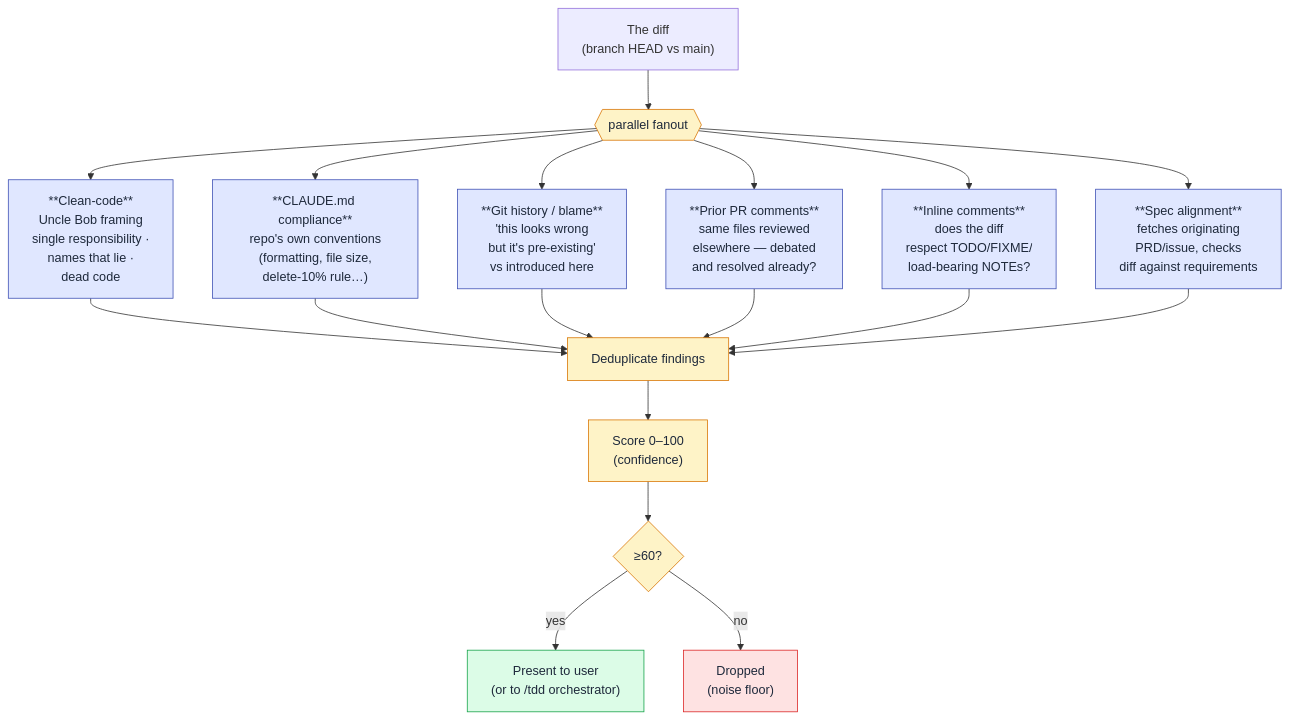
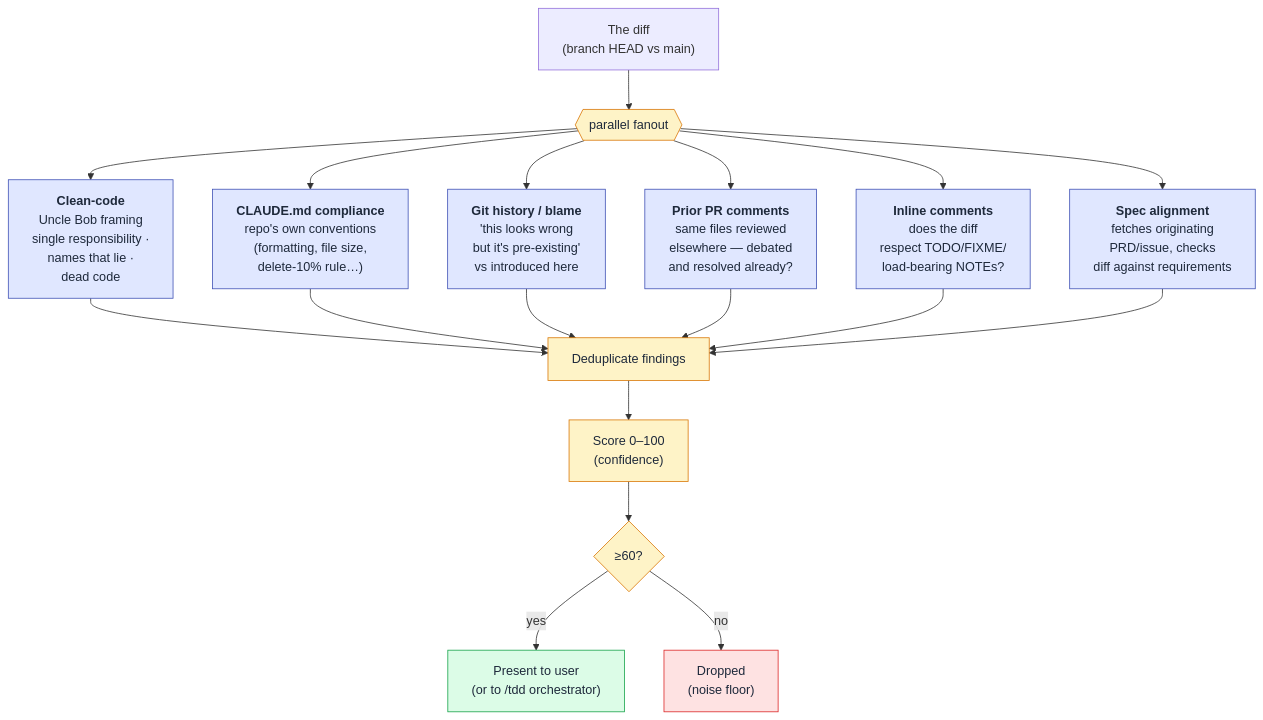
One commit to ZunoSmartLabs/zsl-superpowers changed the first of 3 diagrams in docs/code-review.md. Above: the diagram before and after it, drawn with Mermaid. The commit also changed 7 other files, not shown here.

First line of the commit message:
docs: fix dark-mode mermaid diagrams (legibility + bold labels + layout)

````diff
--- a/docs/code-review.md
+++ b/docs/code-review.md
@@ -14,29 +14,29 @@
 ```mermaid
 flowchart TB
     diff["The diff<br/>(branch HEAD vs main)"] --> dispatch{{"parallel fanout"}}
-    dispatch --> L1["**Clean-code**<br/>Uncle Bob framing<br/>single responsibility ·<br/>names that lie ·<br/>dead code"]
-    dispatch --> L2["**CLAUDE.md compliance**<br/>repo's own conventions<br/>(formatting, file size,<br/>delete-10% rule…)"]
-    dispatch --> L3["**Git history / blame**<br/>'this looks wrong<br/>but it's pre-existing'<br/>vs introduced here"]
-    dispatch --> L4["**Prior PR comments**<br/>same files reviewed<br/>elsewhere — debated<br/>and resolved already?"]
-    dispatch --> L5["**Inline comments**<br/>does the diff<br/>respect TODO/FIXME/<br/>load-bearing NOTEs?"]
-    dispatch --> L6["**Spec alignment**<br/>fetches originating<br/>PRD/issue, checks<br/>diff against requirements"]
+    dispatch --> L1["`**Clean-code**<br/>Uncle Bob framing<br/>single responsibility ·<br/>names that lie ·<br/>dead code`"]
+    dispatch --> L2["`**CLAUDE.md compliance**<br/>repo's own conventions<br/>(formatting, file size,<br/>delete-10% rule…)`"]
+    dispatch --> L3["`**Git history / blame**<br/>'this looks wrong<br/>but it's pre-existing'<br/>vs introduced here`"]
+    dispatch --> L4["`**Prior PR comments**<br/>same files reviewed<br/>elsewhere — debated<br/>and resolved already?`"]
+    dispatch --> L5["`**Inline comments**<br/>does the diff<br/>respect TODO/FIXME/<br/>load-bearing NOTEs?`"]
+    dispatch --> L6["`**Spec alignment**<br/>fetches originating<br/>PRD/issue, checks<br/>diff against requirements`"]
     L1 --> dedup["Deduplicate findings"]
     L2 --> dedup
     L3 --> dedup
     L4 --> dedup
     L5 --> dedup
     L6 --> dedup
     dedup --> score["Score 0–100<br/>(confidence)"]
     score --> filter{"≥60?"}
     filter -->|"yes"| present["Present to user<br/>(or to /tdd orchestrator)"]
     filter -->|"no"| drop["Dropped<br/>(noise floor)"]
 
     classDef lens fill:#e0e7ff,stroke:#3f51b5,color:#1e293b;
     classDef step fill:#fef3c7,stroke:#d97706,color:#1e293b;
     classDef out fill:#dcfce7,stroke:#16a34a,color:#1e293b;
     classDef noise fill:#fee2e2,stroke:#dc2626,color:#1e293b;
     class L1,L2,L3,L4,L5,L6 lens;
     class dispatch,dedup,score,filter step;
     class present out;
     class drop noise;
 ```
````
